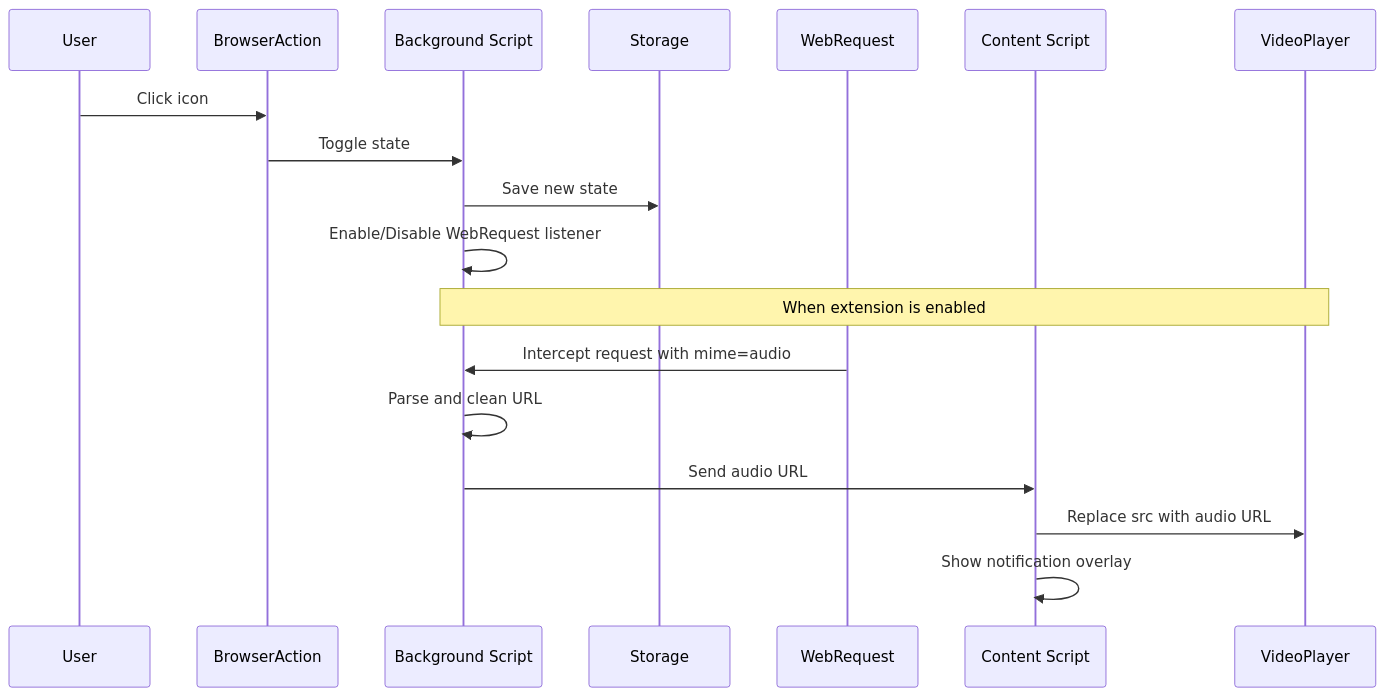
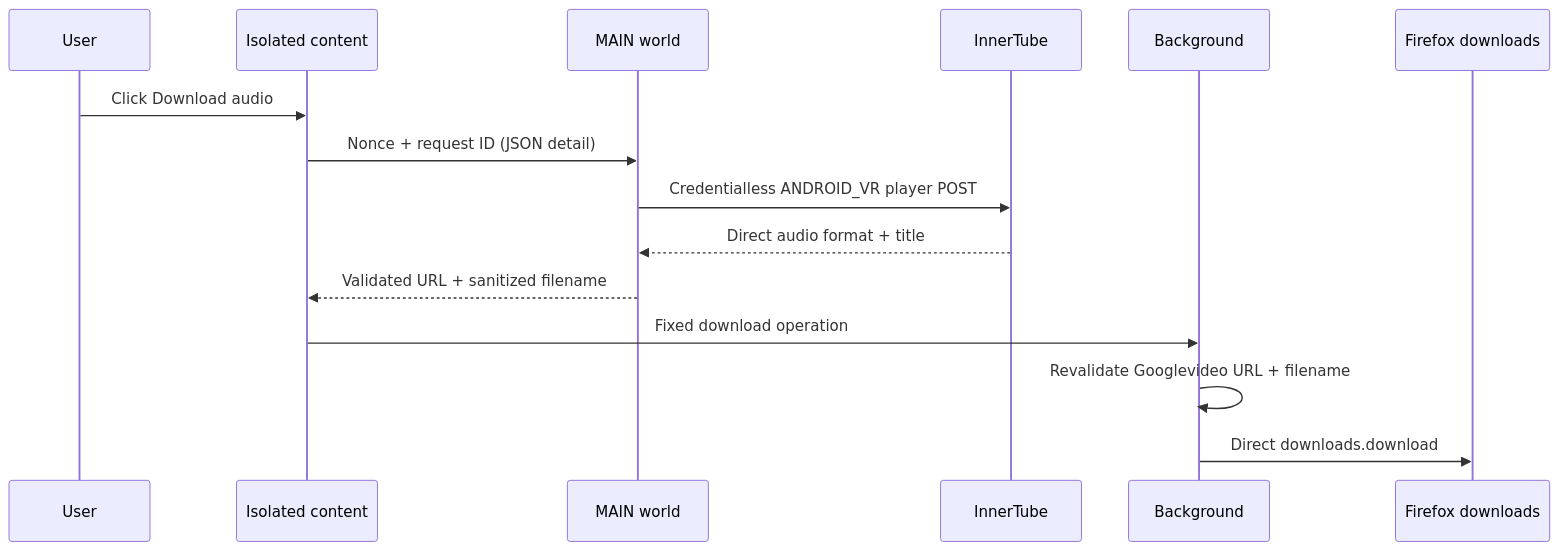
One commit to animeshkundu/youtube-audio changed the ninth of 10 diagrams in docs/architecture/README.md. Above: the diagram before and after it, drawn with Mermaid. The commit also changed other lines of this file and 226 other files, not shown here.

First line of the commit message:
Rebuild: razor-focused YouTube + YT Music audio tool (Firefox desktop + Android) (#65)

````diff
--- a/docs/architecture/README.md
+++ b/docs/architecture/README.md
@@ -68,23 +224,18 @@
 ```mermaid
 sequenceDiagram
     participant User
-    participant BrowserAction
-    participant Background as Background Script
-    participant Storage
-    participant WebRequest
-    participant Content as Content Script
-    participant VideoPlayer
+    participant Content as Isolated content
+    participant Main as MAIN world
+    participant API as InnerTube
+    participant Background as Background
+    participant Downloads as Firefox downloads
 
-    User->>BrowserAction: Click icon
-    BrowserAction->>Background: Toggle state
-    Background->>Storage: Save new state
-    Background->>Background: Enable/Disable WebRequest listener
-
-    Note over Background,VideoPlayer: When extension is enabled
-
-    WebRequest->>Background: Intercept request with mime=audio
-    Background->>Background: Parse and clean URL
-    Background->>Content: Send audio URL
-    Content->>VideoPlayer: Replace src with audio URL
-    Content->>Content: Show notification overlay
+    User->>Content: Click Download audio
+    Content->>Main: Nonce + request ID (JSON detail)
+    Main->>API: Credentialless ANDROID_VR player POST
+    API-->>Main: Direct audio format + title
+    Main-->>Content: Validated URL + sanitized filename
+    Content->>Background: Fixed download operation
+    Background->>Background: Revalidate Googlevideo URL + filename
+    Background->>Downloads: Direct downloads.download
 ```
````
